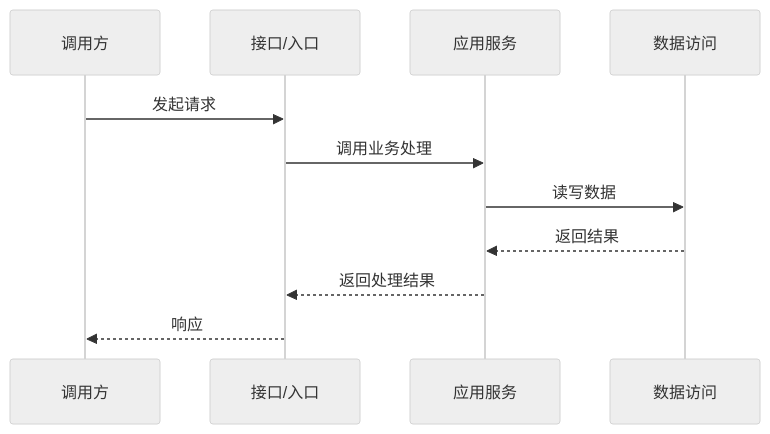
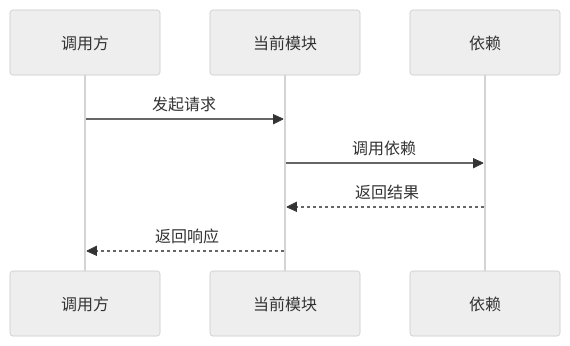
One commit to Tudou77826/sdd-workflow-skills changed the diagram in sdd-module-tobe-design/references/tobe-output-template.md. Above: the diagram before and after it, drawn with Mermaid (neutral theme). The commit also changed other lines of this file and 8 other files, not shown here.

````diff
--- a/sdd-module-tobe-design/references/tobe-output-template.md
+++ b/sdd-module-tobe-design/references/tobe-output-template.md
@@ -134,13 +65,10 @@
 ```mermaid
 sequenceDiagram
     participant Caller as 调用方
-    participant API as 接口/入口
-    participant Service as 应用服务
-    participant Repo as 数据访问
-    Caller->>API: 发起请求
-    API->>Service: 调用业务处理
-    Service->>Repo: 读写数据
-    Repo-->>Service: 返回结果
-    Service-->>API: 返回处理结果
-    API-->>Caller: 响应
+    participant Module as 当前模块
+    participant Dep as 依赖
+    Caller->>Module: 发起请求
+    Module->>Dep: 调用依赖
+    Dep-->>Module: 返回结果
+    Module-->>Caller: 返回响应
 ```
````
